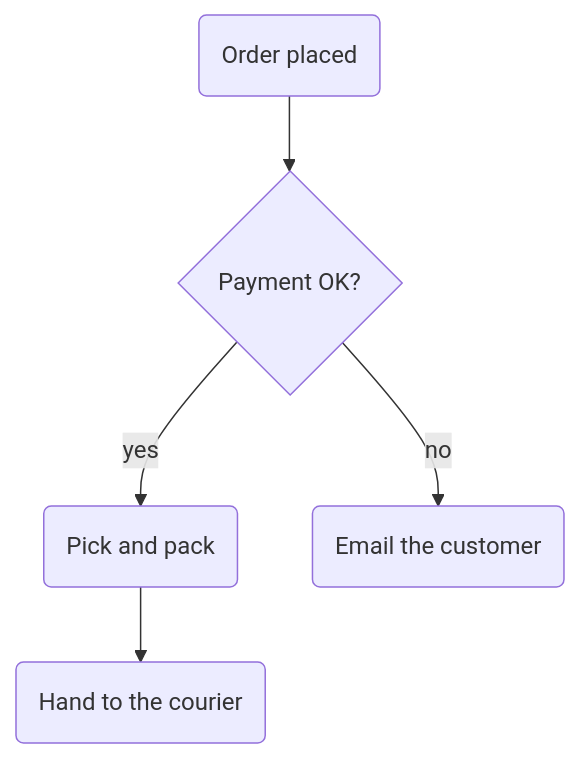
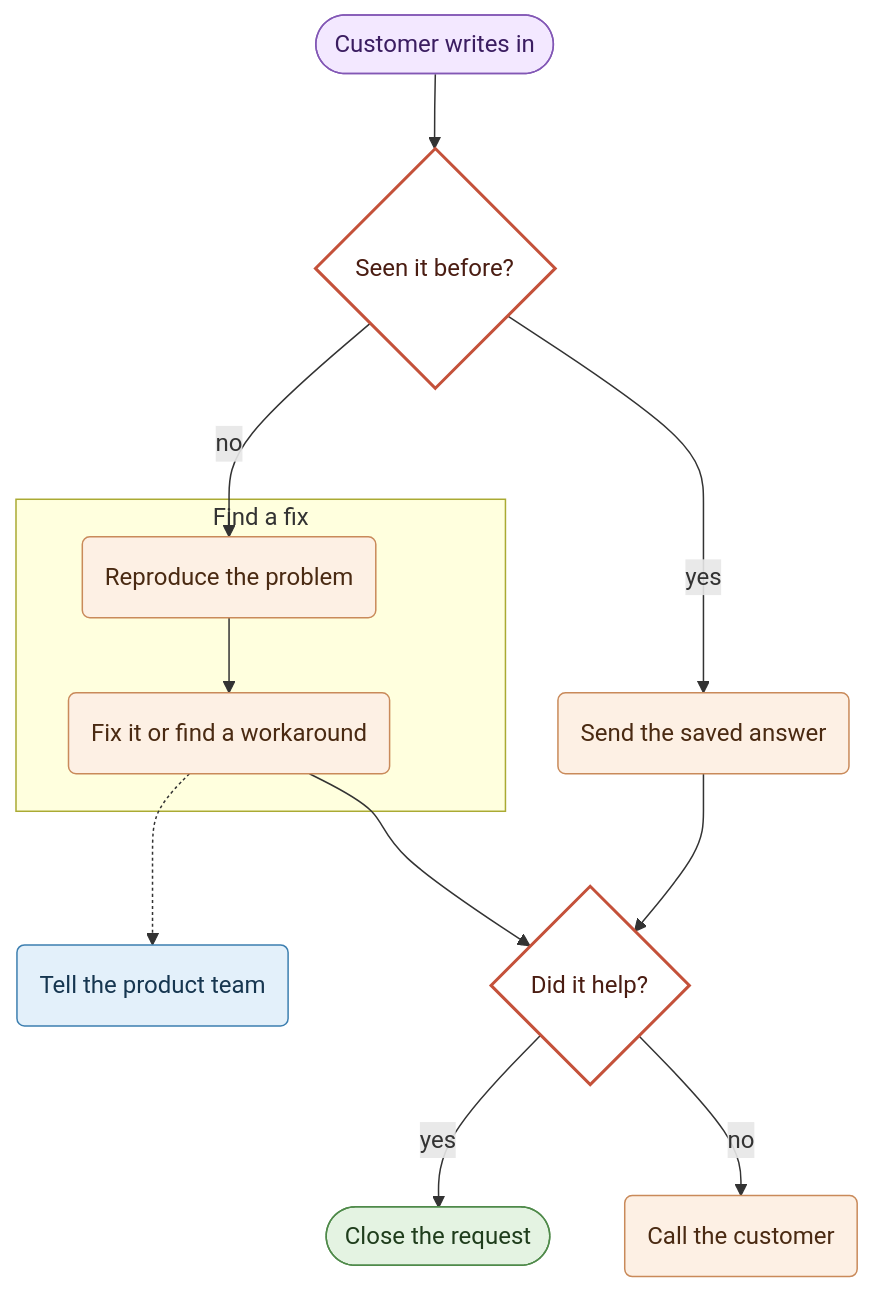
Before and after one commit to Cleo8731/naiad: the diagram in README.md, drawn with Mermaid. The commit also changed other lines of this file and 2 other files, not shown here.

Commit message:
Show two demo recordings in the README, light Coral reading and editing and dark Kelp working with an agent, and describe the Syntax pane's colours, line numbers, wrapping and full-window button for 0.3.13

````diff
--- a/README.md
+++ b/README.md
@@ -25,17 +28,33 @@
 ```mermaid
 flowchart TD
 %% @flowchart
-%% How an online order gets from the shop's website to the customer's door. Click a
-%% step to read what happens there.
-    order(Order placed) --> pay{Payment OK?}
-    pay -- yes --> pack(Pick and pack)
-    pay -- no --> remind(Email the customer)
-    pack --> ship(Hand to the courier)
+%% How a help desk answers a customer's question, from the first message to closing the request. Click a step to read what happens there.
+    ask([Customer writes in]) --> sort{Seen it before?}
+    sort -- yes --> answer(Send the saved answer)
+    sort -- no --> look
+    subgraph solve [Find a fix]
+        look(Reproduce the problem) --> fix(Fix it or find a workaround)
+    end
+    fix -.-> team(Tell the product team)
+    answer --> check{Did it help?}
+    fix --> check
+    check -- yes --> done([Close the request])
+    check -- no --> phone(Call the customer)
 
-%% @pack
-%% A picker collects each item from its shelf, scanning it as it goes, then packs
-%% them in the smallest box that fits.
+    classDef start fill:#f3e8ff,stroke:#8257b5,color:#3b1d61
+    classDef work fill:#fdf0e4,stroke:#c98a5a,color:#4a2a12
+    classDef choice fill:#ffffff,stroke:#c4513a,color:#4a1d12,stroke-width:2px
+    classDef good fill:#e4f3e2,stroke:#4f8a4a,color:#1f3d1c
+    classDef side fill:#e3f0fa,stroke:#3d7fb0,color:#163650
+    class ask start
+    class answer,look,fix,phone work
+    class sort,check choice
+    class done good
+    class team side
+
+%% @look
+%% Follow the customer's steps on a test account until the problem shows.
 %% .
-%% - Out of stock: the order waits, and the customer gets an email.
-%% - Damaged: pick another one.
+%% - Ask for a screenshot if the steps are unclear.
+%% - Note the version and the browser.
 ```
````
